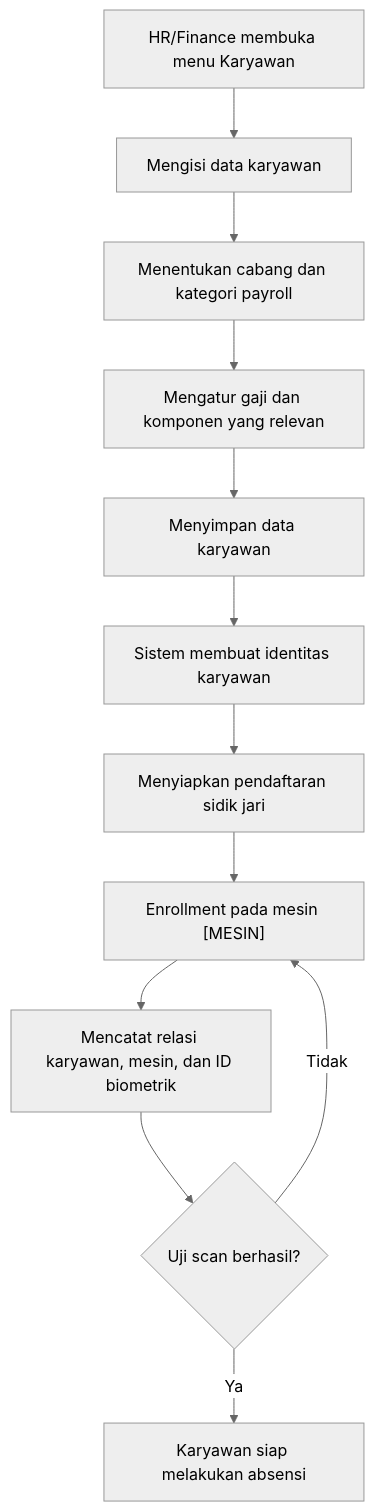
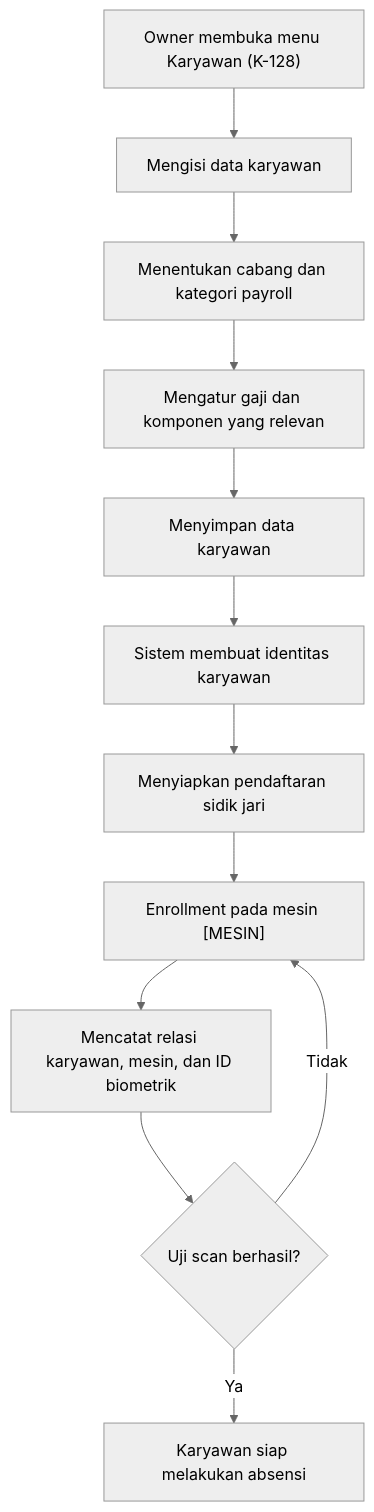
One commit to nflFauzan/Biometric-Attendence-System changed the second of 13 diagrams in docs/alur.md. Above: the diagram before and after it, drawn with Mermaid (neutral theme). The commit also changed other lines of this file and 10 other files, not shown here.

````diff
--- a/docs/alur.md
+++ b/docs/alur.md
@@ -63,14 +63,14 @@
 ```mermaid
 flowchart TD
-    A["HR/Finance membuka menu Karyawan"] --> B["Mengisi data karyawan"]
+    A["Owner membuka menu Karyawan (K-128)"] --> B["Mengisi data karyawan"]
     B --> C["Menentukan cabang dan kategori payroll"]
     C --> D["Mengatur gaji dan komponen yang relevan"]
     D --> E["Menyimpan data karyawan"]
     E --> F["Sistem membuat identitas karyawan"]
     F --> G["Menyiapkan pendaftaran sidik jari"]
     G --> H["Enrollment pada mesin [MESIN]"]
     H --> I["Mencatat relasi karyawan, mesin, dan ID biometrik"]
     I --> J{"Uji scan berhasil?"}
     J -- "Tidak" --> H
     J -- "Ya" --> K["Karyawan siap melakukan absensi"]
 ```
````
